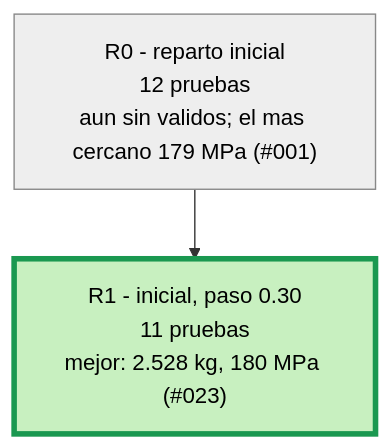
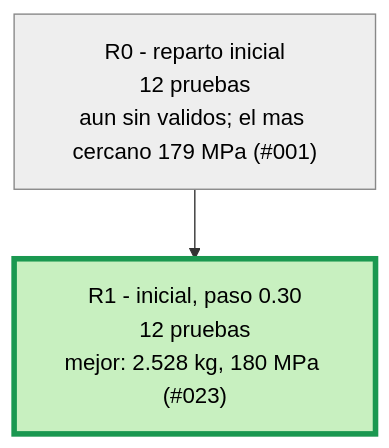
Before and after one commit to Hugiko/msd-soporte-optimizacion: the second of 3 diagrams in runs/opt_37800N/ARBOL.md, drawn with Mermaid. The commit also changed 33 other files, not shown here.

````diff
--- a/runs/opt_37800N/ARBOL.md
+++ b/runs/opt_37800N/ARBOL.md
@@ -21,9 +21,9 @@
 ```mermaid
 graph TD
 classDef activa fill:#d6eaff,stroke:#1f6fb5,color:#000
 classDef fin fill:#eeeeee,stroke:#888,color:#000
 classDef mejor fill:#c8f0c0,stroke:#1a9850,stroke-width:4px,color:#000
 R0["R0 - reparto inicial<br/>12 pruebas<br/>aun sin validos; el mas cercano 179 MPa (#001)"]:::fin
-R1["R1 - inicial, paso 0.30<br/>11 pruebas<br/>mejor: 2.528 kg, 180 MPa (#023)"]:::mejor
+R1["R1 - inicial, paso 0.30<br/>12 pruebas<br/>mejor: 2.528 kg, 180 MPa (#023)"]:::mejor
 R0 --> R1
 ```
````
